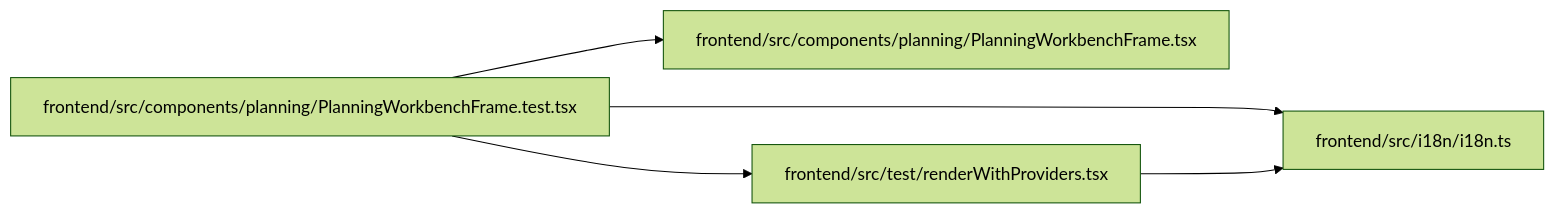
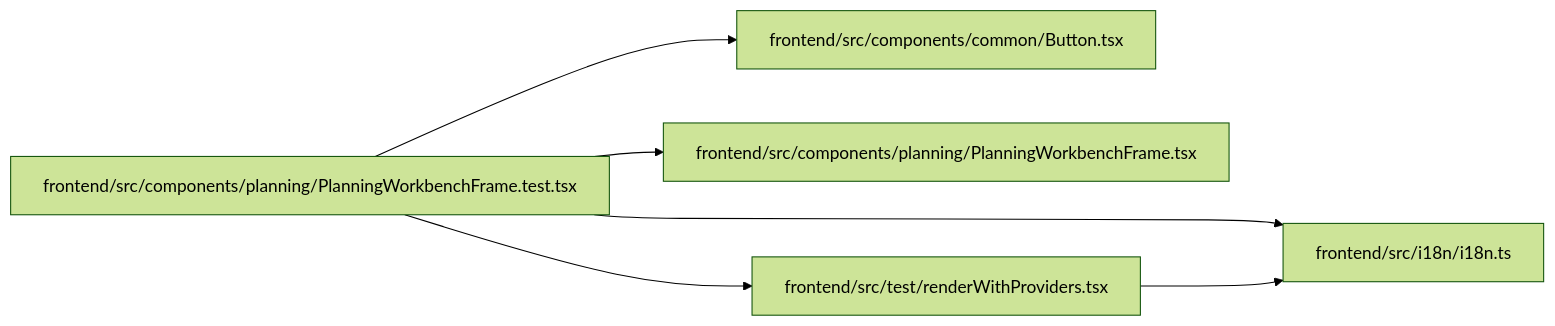
One commit to Denissvgn/WorkChord changed the diagram in docs/llm_wiki/modules/PlanningWorkbenchFrame.test.md. Above: the diagram before and after it, drawn with Mermaid (forest theme). The commit also changed other lines of this file and 2373 other files, not shown here.

````diff
--- a/docs/llm_wiki/modules/PlanningWorkbenchFrame.test.md
+++ b/docs/llm_wiki/modules/PlanningWorkbenchFrame.test.md
@@ -28,15 +29,18 @@
 ```mermaid
 flowchart LR
-    n0["frontend/src/components/planning/PlanningWorkbenchFrame.test.tsx"]
-    n1["frontend/src/components/planning/PlanningWorkbenchFrame.tsx"]
-    n2["frontend/src/i18n/i18n.ts"]
-    n3["frontend/src/test/renderWithProviders.tsx"]
-    n0 --> n1
-    n0 --> n2
-    n0 --> n3
-    n3 --> n2
-    click n0 "../modules/PlanningWorkbenchFrame.test.md"
-    click n1 "../modules/PlanningWorkbenchFrame.md"
-    click n2 "../modules/i18n.md"
-    click n3 "../modules/renderWithProviders.md"
+    n0["frontend/src/components/common/Button.tsx"]
+    n1["frontend/src/components/planning/PlanningWorkbenchFrame.test.tsx"]
+    n2["frontend/src/components/planning/PlanningWorkbenchFrame.tsx"]
+    n3["frontend/src/i18n/i18n.ts"]
+    n4["frontend/src/test/renderWithProviders.tsx"]
+    n1 --> n0
+    n1 --> n2
+    n1 --> n3
+    n1 --> n4
+    n4 --> n3
+    click n0 "../modules/Button.md"
+    click n1 "../modules/PlanningWorkbenchFrame.test.md"
+    click n2 "../modules/PlanningWorkbenchFrame.md"
+    click n3 "../modules/i18n.md"
+    click n4 "../modules/renderWithProviders.md"
 ```
````
